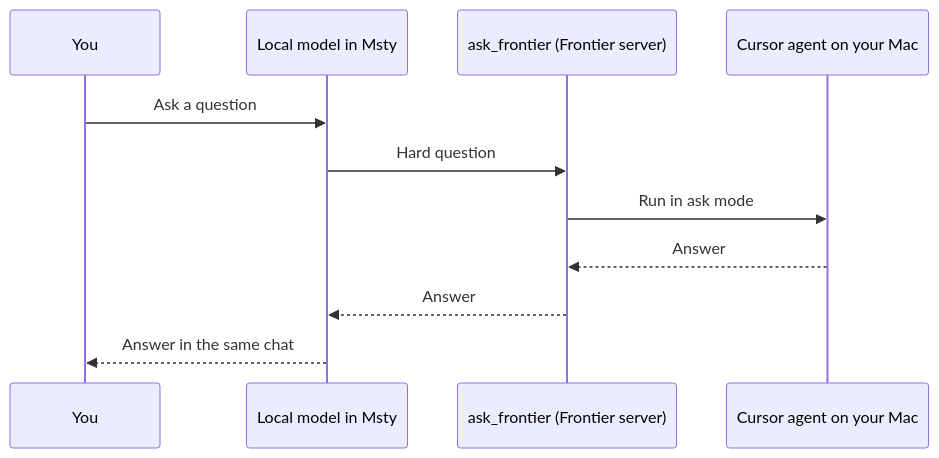
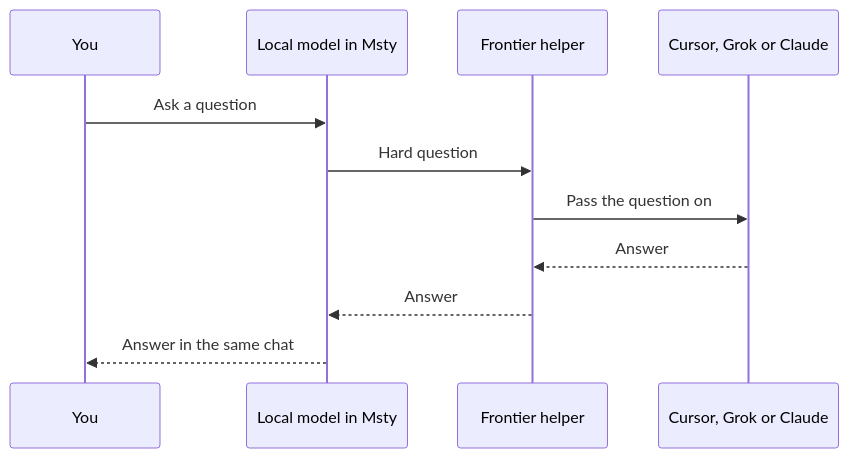
One commit to M-Pineapple/msty-admin-mcp changed the third of 4 diagrams in README.md. Above: the diagram before and after it, drawn with Mermaid. The commit also changed other lines of this file, not shown here.

````diff
--- a/README.md
+++ b/README.md
@@ -67,13 +76,13 @@
 ```mermaid
 sequenceDiagram
     participant You
     participant Local as Local model in Msty
-    participant F as ask_frontier (Frontier server)
-    participant C as Cursor agent on your Mac
+    participant F as Frontier helper
+    participant C as Cursor, Grok or Claude
     You->>Local: Ask a question
     Local->>F: Hard question
-    F->>C: Run in ask mode
+    F->>C: Pass the question on
     C-->>F: Answer
     F-->>Local: Answer
     Local-->>You: Answer in the same chat
 ```
````
